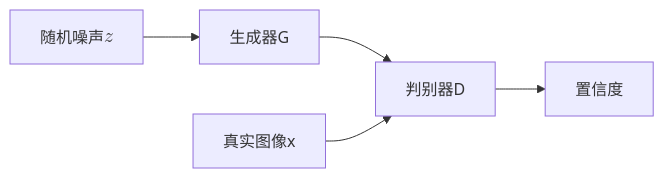
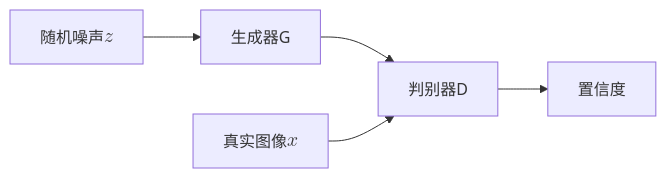
Before and after one commit to Edlinf/Edlinf.github.io: the first of 3 diagrams in _posts/2025-06-09-f-AnoGAN的前世今生.md, drawn with Mermaid. The commit also changed other lines of this file, not shown here.

````diff
--- a/_posts/2025-06-09-f-AnoGAN的前世今生.md
+++ b/_posts/2025-06-09-f-AnoGAN的前世今生.md
@@ -24,7 +23,7 @@
 ```mermaid
 graph LR
     A[随机噪声 $$z$$] --> B[生成器G]
     B --> C[判别器D]
-    D[真实图像x] --> C
+    D[真实图像$$x$$] --> C
     C --> E[置信度]
 ```
````
